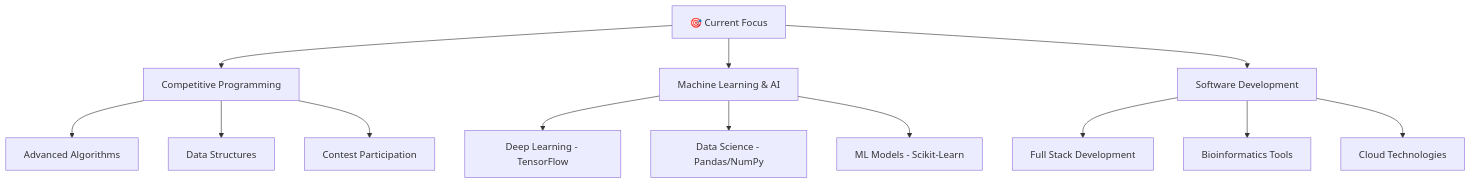
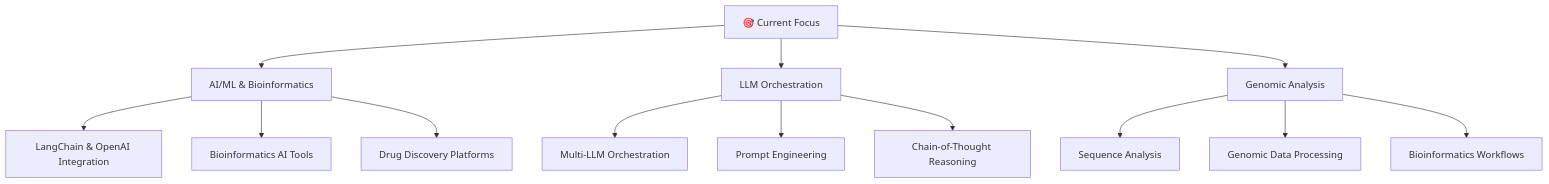
One commit to saurabhhhcodes/saurabhhhcodes changed the diagram in README.md. Above: the diagram before and after it, drawn with Mermaid. The commit also changed other lines of this file and 1 other file, not shown here.

Commit message:
Update README with OpenBioGen-AI and LangChain integration

````diff
--- a/README.md
+++ b/README.md
@@ -144,18 +163,18 @@
 ```mermaid
 graph TD
-    A[🎯 Current Focus] --> B[Competitive Programming]
-    A --> C[Machine Learning & AI]
-    A --> D[Software Development]
+    A[🎯 Current Focus] --> B[AI/ML & Bioinformatics]
+    A --> C[LLM Orchestration]
+    A --> D[Genomic Analysis]
     
-    B --> E[Advanced Algorithms]
-    B --> F[Data Structures]
-    B --> G[Contest Participation]
+    B --> E[LangChain & OpenAI Integration]
+    B --> F[Bioinformatics AI Tools]
+    B --> G[Drug Discovery Platforms]
     
-    C --> H[Deep Learning - TensorFlow]
-    C --> I[Data Science - Pandas/NumPy]
-    C --> J[ML Models - Scikit-Learn]
+    C --> H[Multi-LLM Orchestration]
+    C --> I[Prompt Engineering]
+    C --> J[Chain-of-Thought Reasoning]
     
-    D --> K[Full Stack Development]
-    D --> L[Bioinformatics Tools]
-    D --> M[Cloud Technologies]
+    D --> K[Sequence Analysis]
+    D --> L[Genomic Data Processing]
+    D --> M[Bioinformatics Workflows]
 ```
````
